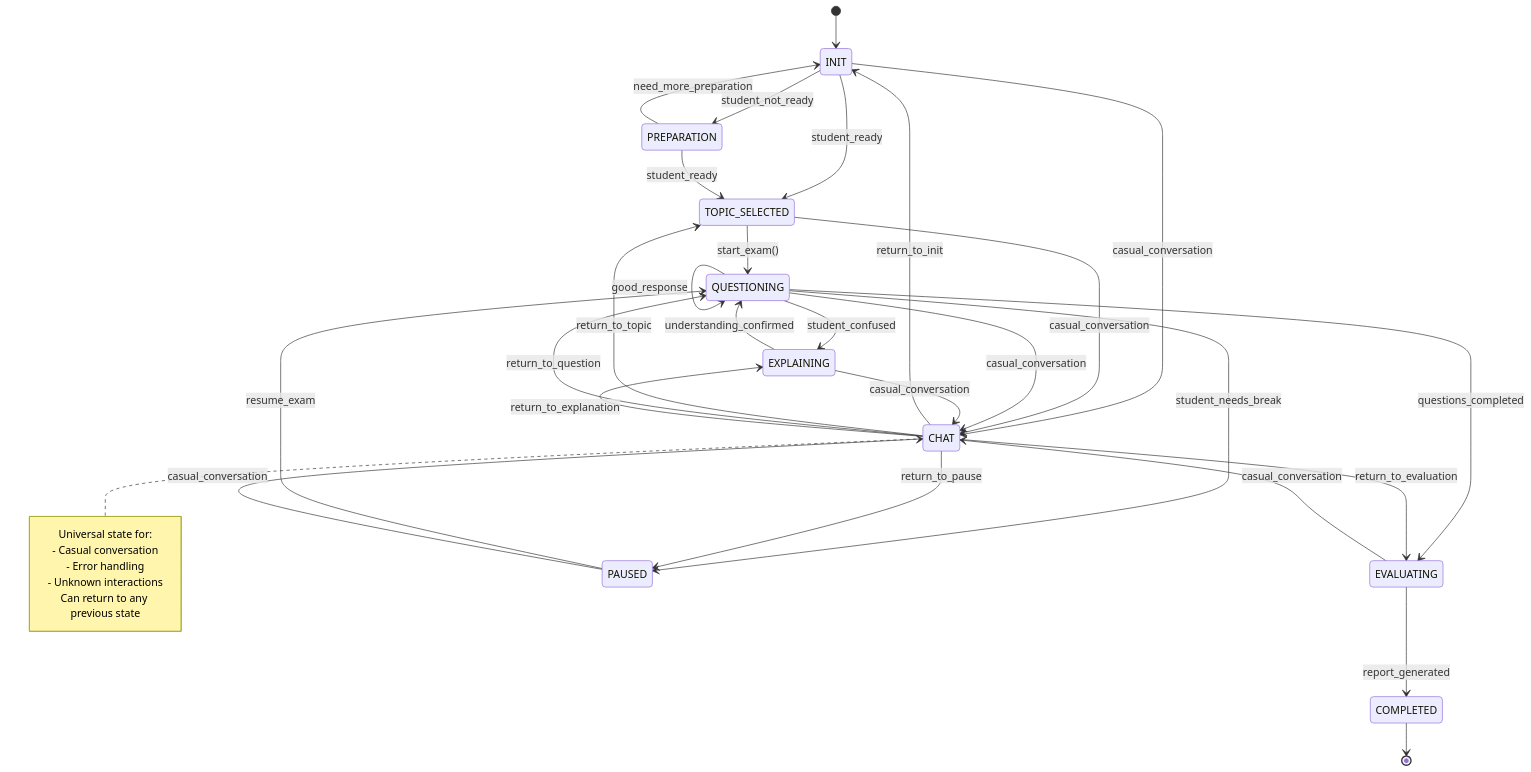
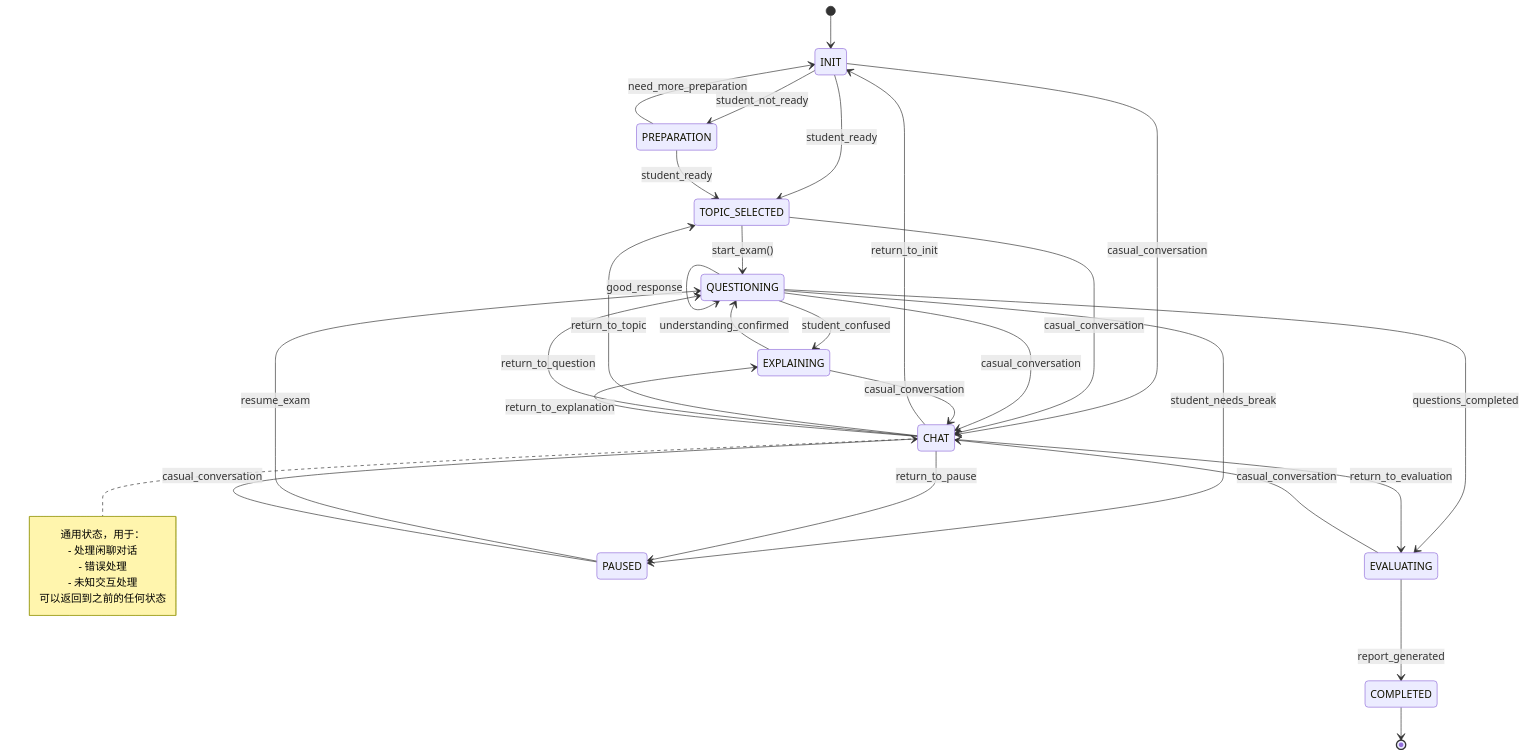
The diagram in docs/StateMachine.md (CHANHaochengZhang/chatexaminer), drawn with Mermaid before and after one commit. The commit also changed other lines of this file and 6 other files, not shown here.

````diff
--- a/docs/StateMachine.md
+++ b/docs/StateMachine.md
@@ -8,46 +8,46 @@
 ```mermaid
 stateDiagram-v2
     [*] --> INIT
 
     INIT --> TOPIC_SELECTED: student_ready
     INIT --> PREPARATION: student_not_ready
     INIT --> CHAT: casual_conversation
 
     PREPARATION --> INIT: need_more_preparation
     PREPARATION --> TOPIC_SELECTED: student_ready
 
     TOPIC_SELECTED --> QUESTIONING: start_exam()
     TOPIC_SELECTED --> CHAT: casual_conversation
 
     QUESTIONING --> QUESTIONING: good_response
     QUESTIONING --> EXPLAINING: student_confused
     QUESTIONING --> EVALUATING: questions_completed
     QUESTIONING --> PAUSED: student_needs_break
     QUESTIONING --> CHAT: casual_conversation
 
     EXPLAINING --> QUESTIONING: understanding_confirmed
     EXPLAINING --> CHAT: casual_conversation
 
     EVALUATING --> COMPLETED: report_generated
     EVALUATING --> CHAT: casual_conversation
 
     PAUSED --> QUESTIONING: resume_exam
     PAUSED --> CHAT: casual_conversation
 
     CHAT --> INIT: return_to_init
     CHAT --> TOPIC_SELECTED: return_to_topic
     CHAT --> QUESTIONING: return_to_question
     CHAT --> EXPLAINING: return_to_explanation
     CHAT --> EVALUATING: return_to_evaluation
     CHAT --> PAUSED: return_to_pause
 
     COMPLETED --> [*]
 
     note right of CHAT
-        Universal state for:
-        - Casual conversation
-        - Error handling
-        - Unknown interactions
-        Can return to any previous state
+        通用状态，用于：
+        - 处理闲聊对话
+        - 错误处理
+        - 未知交互处理
+        可以返回到之前的任何状态
     end note
 ```
````
